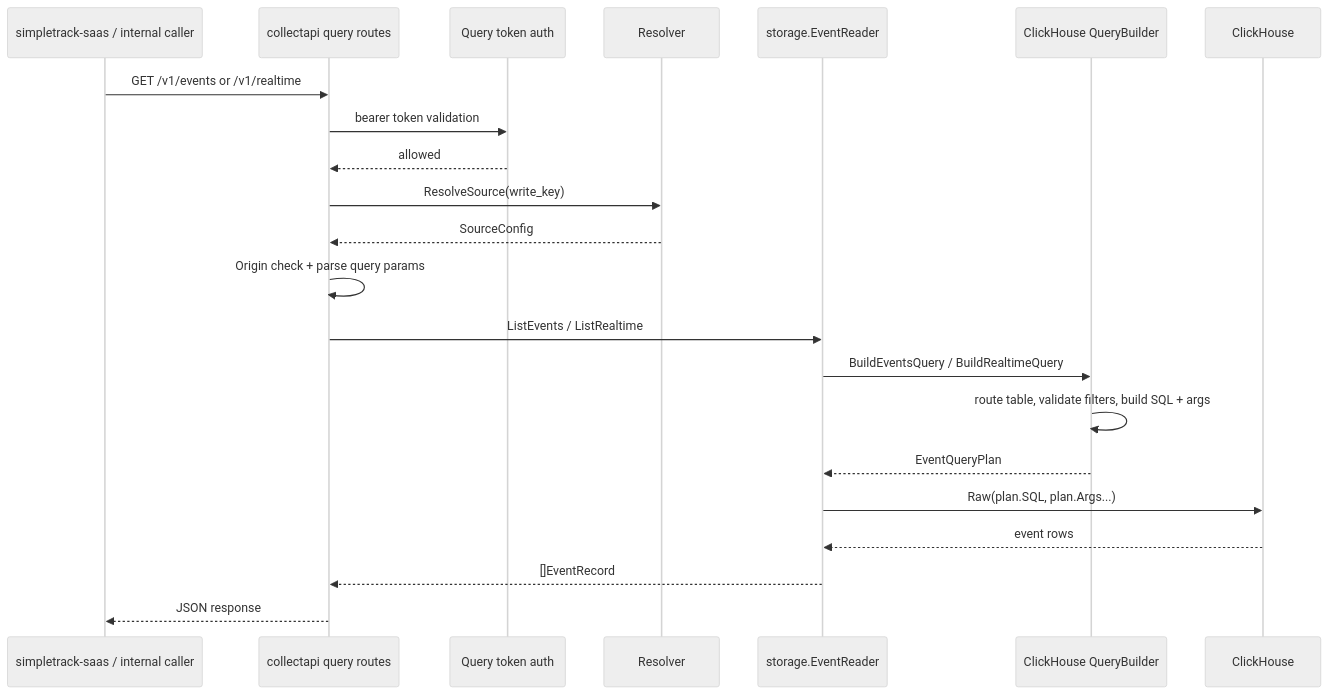
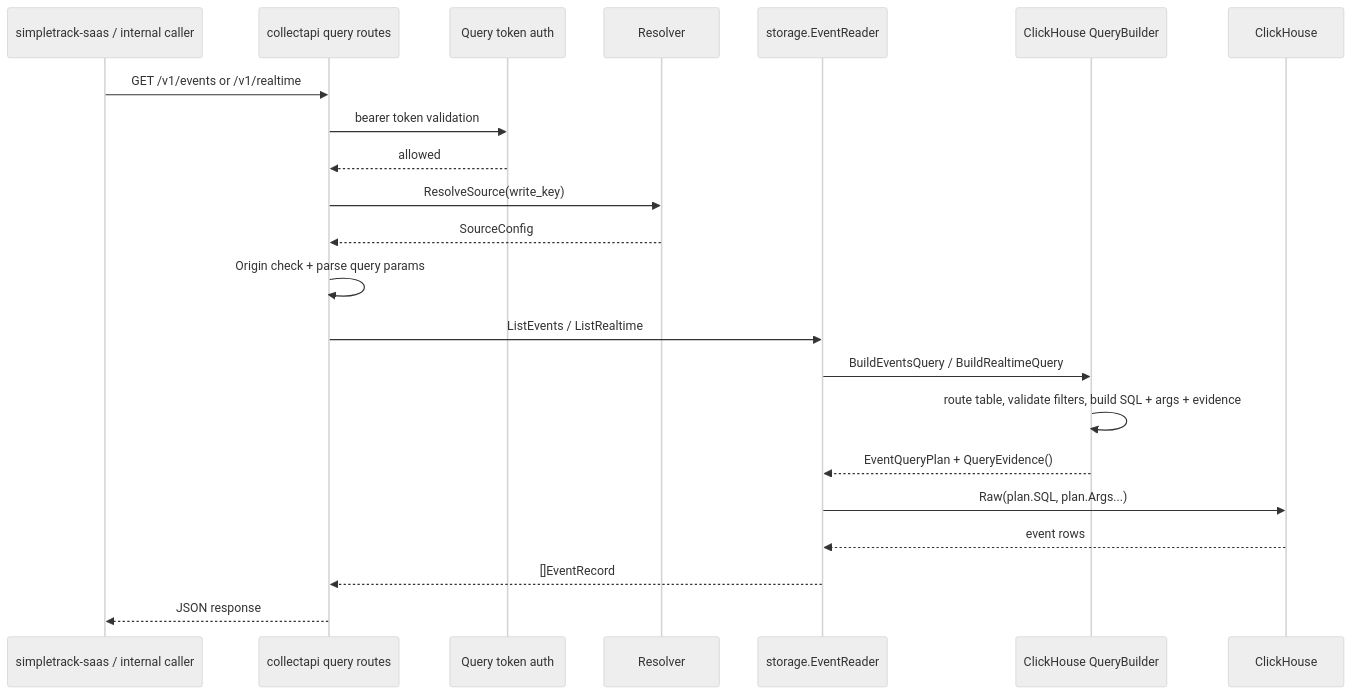
Before and after one commit to RoggerZ/uba: the fifth of 5 diagrams in docs/analytics-source-reading/data-flow-analysis.md, drawn with Mermaid (neutral theme). The commit also changed other lines of this file and 5 other files, not shown here.

````diff
--- a/docs/analytics-source-reading/data-flow-analysis.md
+++ b/docs/analytics-source-reading/data-flow-analysis.md
@@ -387,25 +390,25 @@
 ```mermaid
 sequenceDiagram
     participant SaaS as simpletrack-saas / internal caller
     participant API as collectapi query routes
     participant Auth as Query token auth
     participant CP as Resolver
     participant Reader as storage.EventReader
     participant Builder as ClickHouse QueryBuilder
     participant CH as ClickHouse
 
     SaaS->>API: GET /v1/events or /v1/realtime
     API->>Auth: bearer token validation
     Auth-->>API: allowed
     API->>CP: ResolveSource(write_key)
     CP-->>API: SourceConfig
     API->>API: Origin check + parse query params
     API->>Reader: ListEvents / ListRealtime
     Reader->>Builder: BuildEventsQuery / BuildRealtimeQuery
-    Builder->>Builder: route table, validate filters, build SQL + args
-    Builder-->>Reader: EventQueryPlan
+    Builder->>Builder: route table, validate filters, build SQL + args + evidence
+    Builder-->>Reader: EventQueryPlan + QueryEvidence()
     Reader->>CH: Raw(plan.SQL, plan.Args...)
     CH-->>Reader: event rows
     Reader-->>API: []EventRecord
     API-->>SaaS: JSON response
 ```
````
